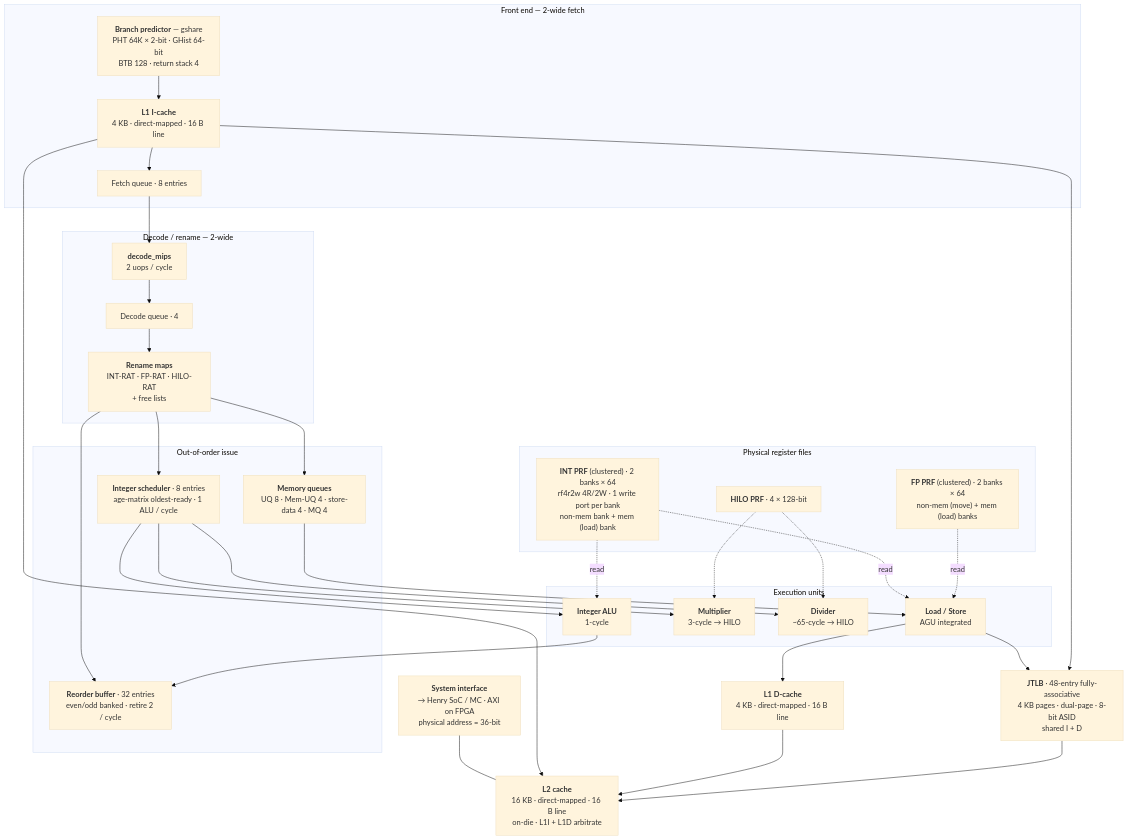
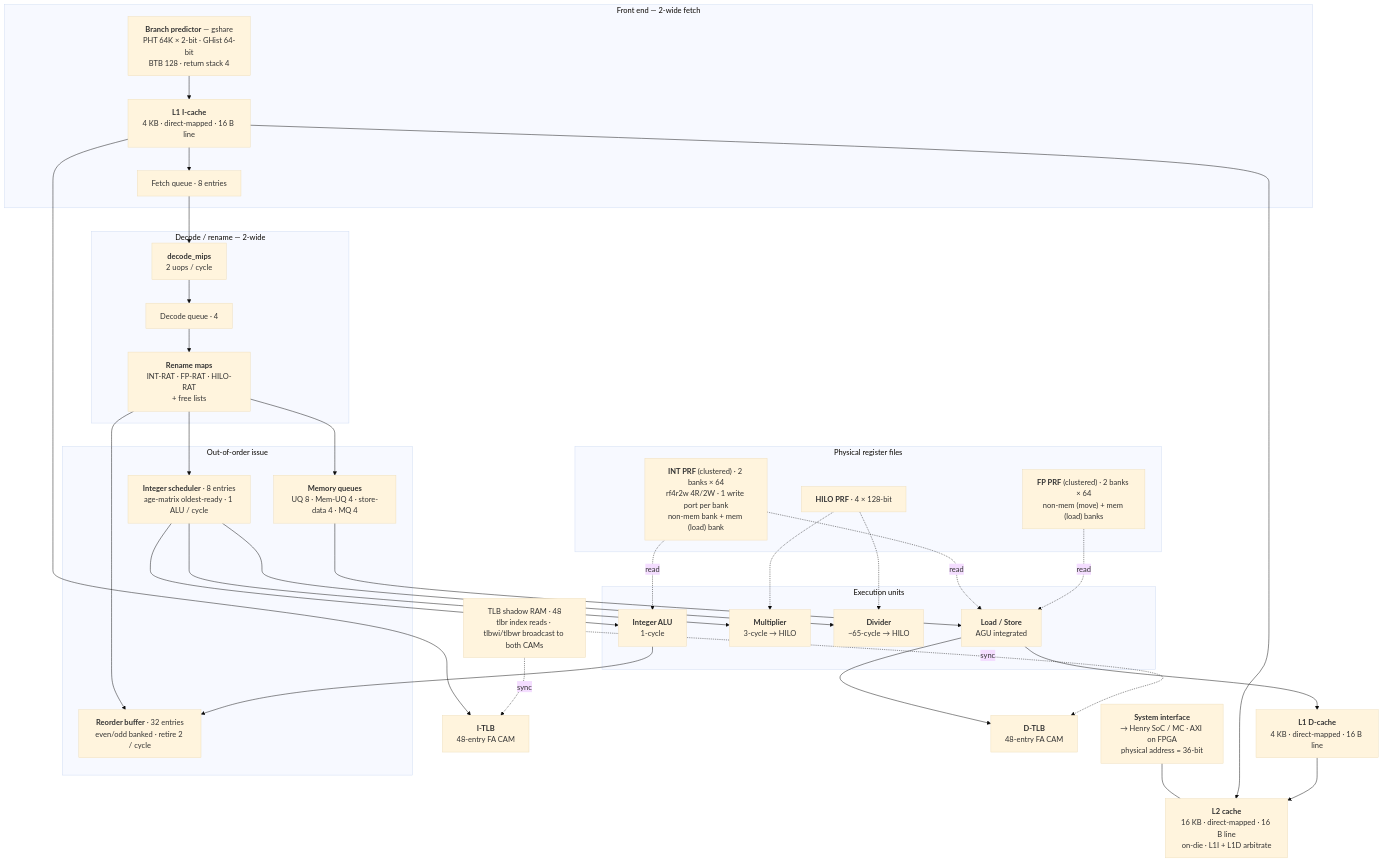
The diagram in docs/r9999-microarchitecture.md (dsheffie/henry-the-wannabe-ip22-soc), drawn with Mermaid (base theme) before and after one commit. The commit also changed other lines of this file, not shown here.

First line of the commit message:
docs(r9999-microarch): no-checkpoint recovery + TLB structure corrections

````diff
--- a/docs/r9999-microarchitecture.md
+++ b/docs/r9999-microarchitecture.md
@@ -9,63 +9,66 @@
 ```mermaid
 flowchart TD
     SYS["<b>System interface</b><br/>→ Henry SoC / MC · AXI on FPGA<br/>physical address = 36-bit"]
     L2["<b>L2 cache</b><br/>16 KB · direct-mapped · 16 B line<br/>on-die · L1I + L1D arbitrate"]
     SYS --- L2
 
     subgraph FE["Front end — 2-wide fetch"]
         BP["<b>Branch predictor</b> — gshare<br/>PHT 64K × 2-bit · GHist 64-bit<br/>BTB 128 · return stack 4"]
         L1I["<b>L1 I-cache</b><br/>4 KB · direct-mapped · 16 B line"]
         FQ["Fetch queue · 8 entries"]
         BP --> L1I --> FQ
     end
 
     subgraph REN["Decode / rename — 2-wide"]
         DEC["<b>decode_mips</b><br/>2 uops / cycle"]
         DQ["Decode queue · 4"]
         MAP["<b>Rename maps</b><br/>INT-RAT · FP-RAT · HILO-RAT<br/>+ free lists"]
         DEC --> DQ --> MAP
     end
 
     subgraph OOO["Out-of-order issue"]
         ROB["<b>Reorder buffer</b> · 32 entries<br/>even/odd banked · retire 2 / cycle"]
         ISCH["<b>Integer scheduler</b> · 8 entries<br/>age-matrix oldest-ready · 1 ALU / cycle"]
         MQS["<b>Memory queues</b><br/>UQ 8 · Mem-UQ 4 · store-data 4 · MQ 4"]
     end
 
     subgraph PRF["Physical register files"]
         IPRF["<b>INT PRF</b> (clustered) · 2 banks × 64<br/>rf4r2w 4R/2W · 1 write port per bank<br/>non-mem bank + mem (load) bank"]
         FPRF["<b>FP PRF</b> (clustered) · 2 banks × 64<br/>non-mem (move) + mem (load) banks"]
         HILO["<b>HILO PRF</b> · 4 × 128-bit"]
     end
 
     subgraph EXU["Execution units"]
         ALU["<b>Integer ALU</b><br/>1-cycle"]
         MUL["<b>Multiplier</b><br/>3-cycle → HILO"]
         DIV["<b>Divider</b><br/>~65-cycle → HILO"]
         LSU["<b>Load / Store</b><br/>AGU integrated"]
     end
 
-    TLB["<b>JTLB</b> · 48-entry fully-associative<br/>4 KB pages · dual-page · 8-bit ASID<br/>shared I + D"]
+    ITLB["<b>I-TLB</b><br/>48-entry FA CAM"]
+    DTLB["<b>D-TLB</b><br/>48-entry FA CAM"]
+    TSH["TLB shadow RAM · 48<br/>tlbr index reads · tlbwi/tlbwr broadcast to both CAMs"]
     L1D["<b>L1 D-cache</b><br/>4 KB · direct-mapped · 16 B line"]
 
     FQ --> DEC
     MAP --> ROB
     MAP --> ISCH
     MAP --> MQS
     ISCH --> ALU
     ISCH --> MUL
     ISCH --> DIV
     MQS --> LSU
     IPRF -.->|read| ALU
     IPRF -.->|read| LSU
     FPRF -.->|read| LSU
     HILO -.-> MUL
     HILO -.-> DIV
     ALU --> ROB
     LSU --> L1D
-    LSU --> TLB
-    L1I --> TLB
+    LSU --> DTLB
+    L1I --> ITLB
     L1I --> L2
     L1D --> L2
-    TLB --> L2
+    TSH -.->|sync| ITLB
+    TSH -.->|sync| DTLB
 ```
````
